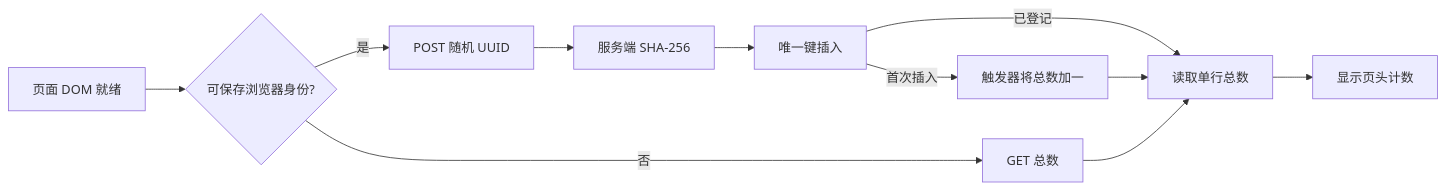
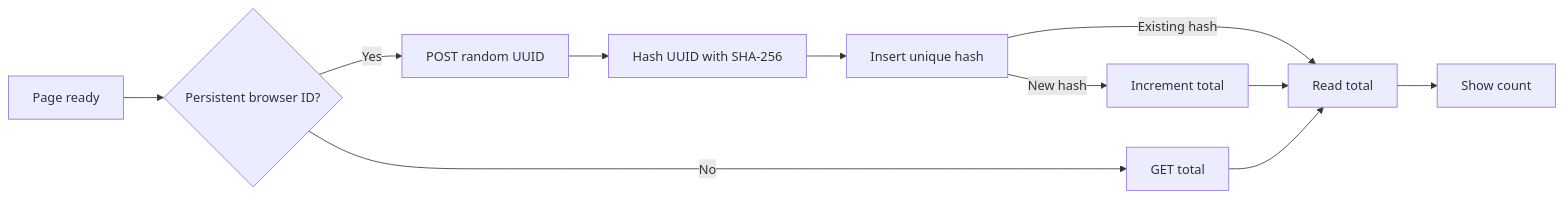
One commit to CloudyMoonShape/wuwa-lightstick changed the diagram in docs/VISITORS.md. Above: the diagram before and after it, drawn with Mermaid. The commit also changed other lines of this file and 68 other files, not shown here.

````diff
--- a/docs/VISITORS.md
+++ b/docs/VISITORS.md
@@ -7,13 +9,13 @@
 ```mermaid
 flowchart LR
-  A[页面 DOM 就绪] --> B{可保存浏览器身份?}
-  B -->|是| C[POST 随机 UUID]
-  B -->|否| D[GET 总数]
-  C --> E[服务端 SHA-256]
-  E --> F[唯一键插入]
-  F -->|首次插入| G[触发器将总数加一]
-  F -->|已登记| H[读取单行总数]
+  A[Page ready] --> B{Persistent browser ID?}
+  B -->|Yes| C[POST random UUID]
+  B -->|No| D[GET total]
+  C --> E[Hash UUID with SHA-256]
+  E --> F[Insert unique hash]
+  F -->|New hash| G[Increment total]
+  F -->|Existing hash| H[Read total]
   G --> H
   D --> H
-  H --> I[显示页头计数]
+  H --> I[Show count]
 ```
````
